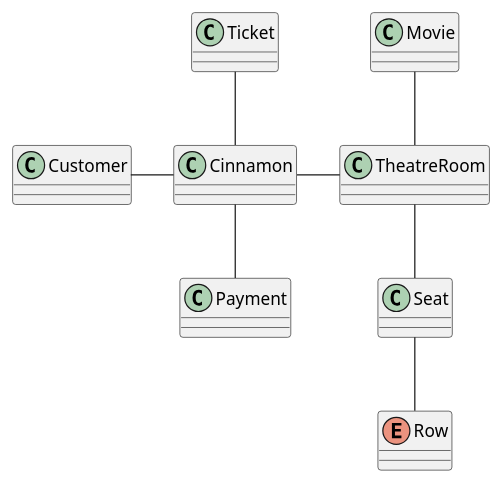
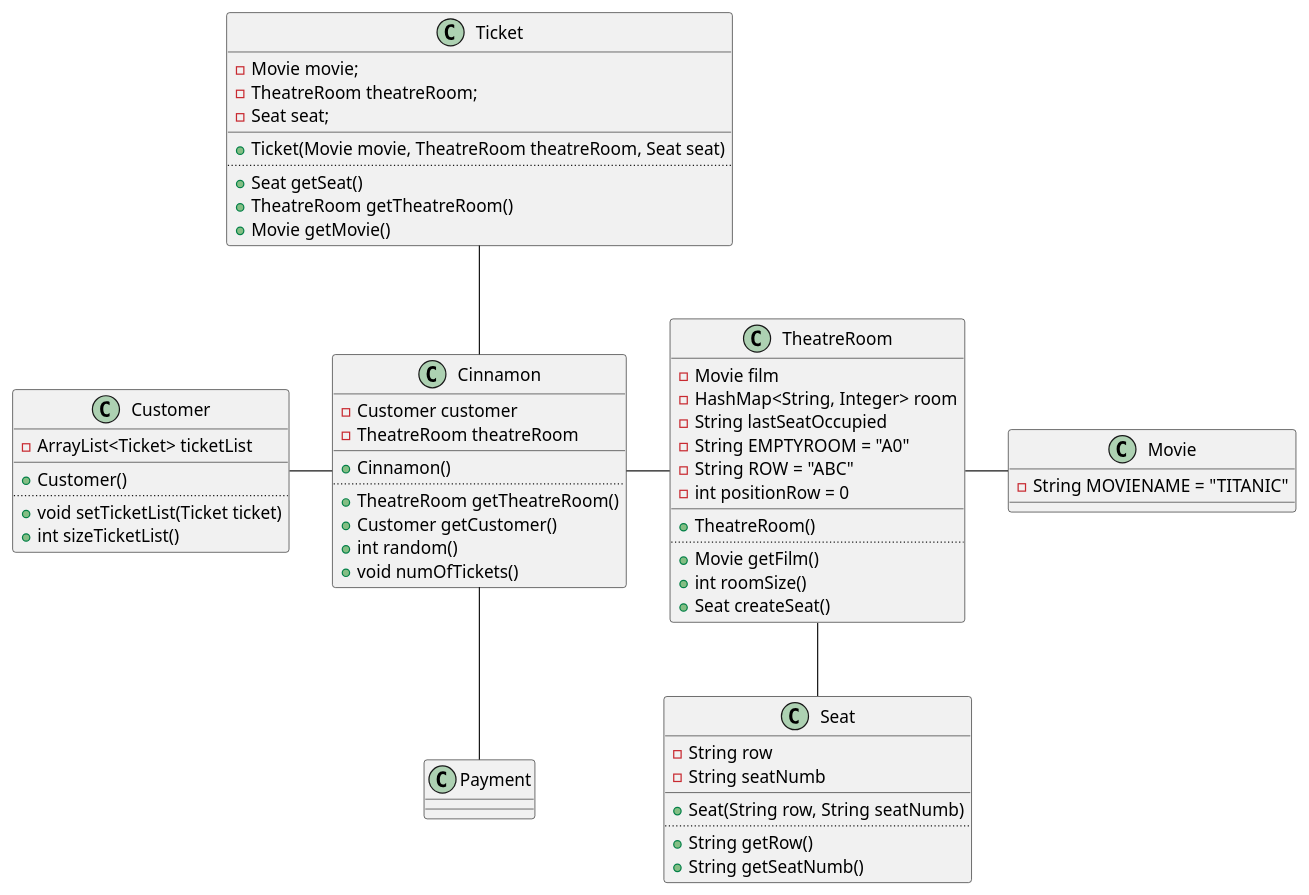
The diagram in src/UML/uml.puml (hvferreira/Java-Cinnamon-Cinemas), drawn with PlantUML before and after one commit. The commit also changed 2 other files, not shown here.

```diff
--- a/src/UML/uml.puml
+++ b/src/UML/uml.puml
@@ -1,58 +1,75 @@
 @startuml
 class Ticket{
-
-
-
-
-
-
-
-
-
+- Movie movie;
+- TheatreRoom theatreRoom;
+- Seat seat;
+__
++ Ticket(Movie movie, TheatreRoom theatreRoom, Seat seat)
+..
++ Seat getSeat()
++ TheatreRoom getTheatreRoom()
++ Movie getMovie()
 }
 
 class Seat{
-
-
-
-
-
-
-
-
+- String row
+- String seatNumb
+__
++ Seat(String row, String seatNumb)
+..
++ String getRow()
++ String getSeatNumb()
 }
 
 class Customer{
+- ArrayList<Ticket> ticketList
+__
++ Customer()
+..
++ void setTicketList(Ticket ticket)
++ int sizeTicketList()
 }
 
 class Movie{
+- String MOVIENAME = "TITANIC"
 }
 
 class Payment{
 }
 
 class Cinnamon{
+- Customer customer
+- TheatreRoom theatreRoom
+__
++ Cinnamon()
+..
++ TheatreRoom getTheatreRoom()
++ Customer getCustomer()
++ int random()
++ void numOfTickets()
 }
 
 class TheatreRoom{
+- Movie film
+- HashMap<String, Integer> room
+- String lastSeatOccupied
+- String EMPTYROOM = "A0"
+- String ROW = "ABC"
+- int positionRow = 0
+__
++ TheatreRoom()
+..
++ Movie getFilm()
++ int roomSize()
++ Seat createSeat()
 }
 
-enum Row{
-
-
-
-
-
-
-
-}
 
 Customer -right- Cinnamon
 TheatreRoom -- Seat
-Seat -- Row
 Cinnamon -down- Payment
 Cinnamon -up- Ticket
 Cinnamon -right- TheatreRoom
-TheatreRoom -up- Movie
+TheatreRoom -right- Movie
 
 @enduml
```
